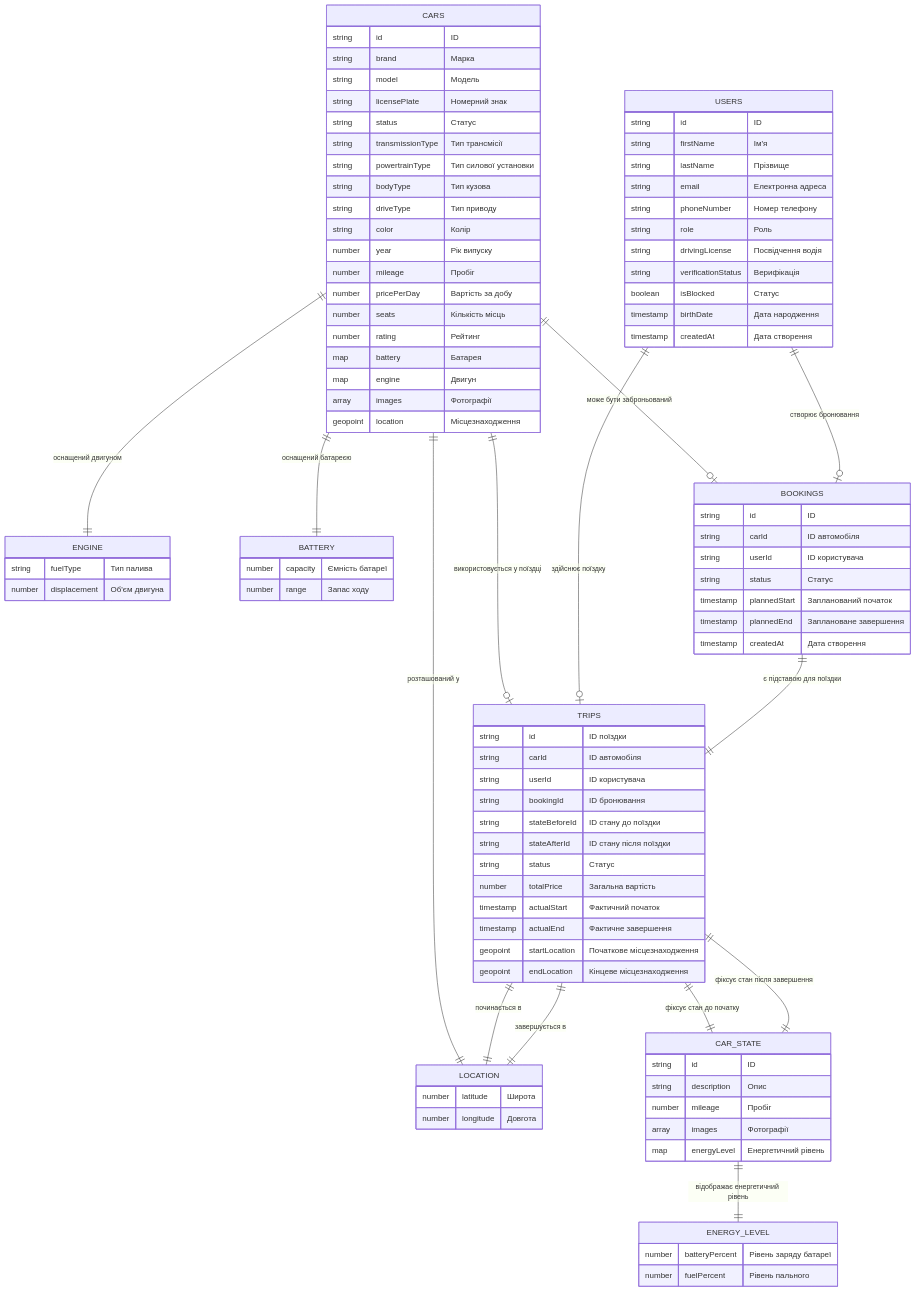
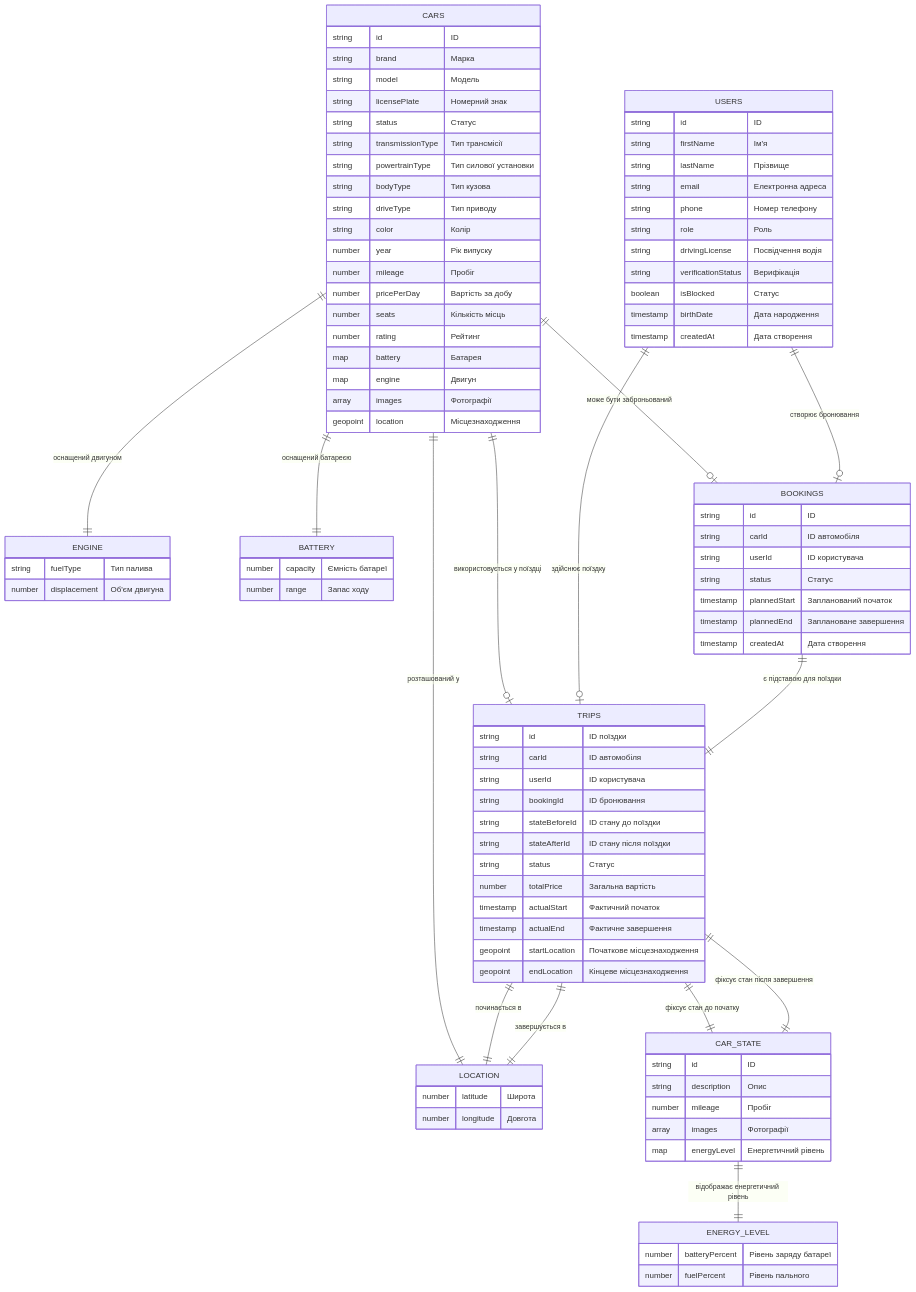
One commit to rostyslavcheremys/carsharing-admin-panel changed the diagram in src/diagrams/firestoreDatabase.mmd. Above: the diagram before and after it, drawn with Mermaid.

Commit message:
update diagram: add verificationStatus and isBlocked

```diff
--- a/src/diagrams/firestoreDatabase.mmd
+++ b/src/diagrams/firestoreDatabase.mmd
@@ -1,113 +1,113 @@
 ---
 config:
   theme: default
   look: classic
 ---
 erDiagram
     CARS {
         string id "ID"
         string brand "Марка"
         string model "Модель"
         string licensePlate "Номерний знак"
         string status "Статус"
         string transmissionType "Тип трансмісії"
         string powertrainType "Тип силової установки"
         string bodyType "Тип кузова"
         string driveType "Тип приводу"
         string color "Колір"
         number year "Рік випуску"
         number mileage "Пробіг"
         number pricePerDay "Вартість за добу"
         number seats "Кількість місць"
         number rating "Рейтинг"
         map battery "Батарея"
         map engine "Двигун"
         array images "Фотографії"
         geopoint location "Місцезнаходження"
     }
 
     ENGINE {
         string fuelType "Тип палива"
         number displacement "Об'єм двигуна"
     }
 
     BATTERY {
         number capacity "Ємність батареї"
         number range "Запас ходу"
     }
 
     LOCATION {
         number latitude "Широта"
         number longitude "Довгота"
     }
 
     USERS {
         string id "ID"
         string firstName "Ім'я"
         string lastName "Прізвище"
         string email "Електронна адреса"
-        string phoneNumber "Номер телефону"
+        string phone "Номер телефону"
         string role "Роль"
         string drivingLicense "Посвідчення водія"
         string verificationStatus "Верифікація"
         boolean isBlocked "Статус"
         timestamp birthDate "Дата народження"
         timestamp createdAt "Дата створення"
     }
 
     BOOKINGS {
         string id "ID"
         string carId "ID автомобіля"
         string userId "ID користувача"
         string status "Статус"
         timestamp plannedStart "Запланований початок"
         timestamp plannedEnd "Заплановане завершення"
         timestamp createdAt "Дата створення"
     }
 
     TRIPS {
         string id "ID поїздки"
         string carId "ID автомобіля"
         string userId "ID користувача"
         string bookingId "ID бронювання"
         string stateBeforeId "ID стану до поїздки"
         string stateAfterId "ID стану після поїздки"
         string status "Статус"
         number totalPrice "Загальна вартість"
         timestamp actualStart "Фактичний початок"
         timestamp actualEnd "Фактичне завершення"
         geopoint startLocation "Початкове місцезнаходження"
         geopoint endLocation "Кінцеве місцезнаходження"
     }
 
     CAR_STATE {
         string id "ID"
         string description "Опис"
         number mileage "Пробіг"
         array images "Фотографії"
         map energyLevel "Енергетичний рівень"
     }
 
     ENERGY_LEVEL {
         number batteryPercent "Рівень заряду батареї"
         number fuelPercent "Рівень пального"
     }
 
     CARS ||--|| ENGINE : "оснащений двигуном"
     CARS ||--|| BATTERY : "оснащений батареєю"
     CARS ||--|| LOCATION : "розташований у"
 
     CARS ||--o| BOOKINGS : "може бути заброньований"
     CARS ||--o| TRIPS : "використовується у поїздці"
 
     USERS ||--o| BOOKINGS : "створює бронювання"
     USERS ||--o| TRIPS : "здійснює поїздку"
 
     BOOKINGS ||--|| TRIPS : "є підставою для поїздки"
 
     TRIPS ||--|| CAR_STATE : "фіксує стан до початку"
     TRIPS ||--|| CAR_STATE : "фіксує стан після завершення"
     TRIPS ||--|| LOCATION : "починається в"
     TRIPS ||--|| LOCATION : "завершується в"
 
     CAR_STATE ||--|| ENERGY_LEVEL : "відображає енергетичний рівень"
```
